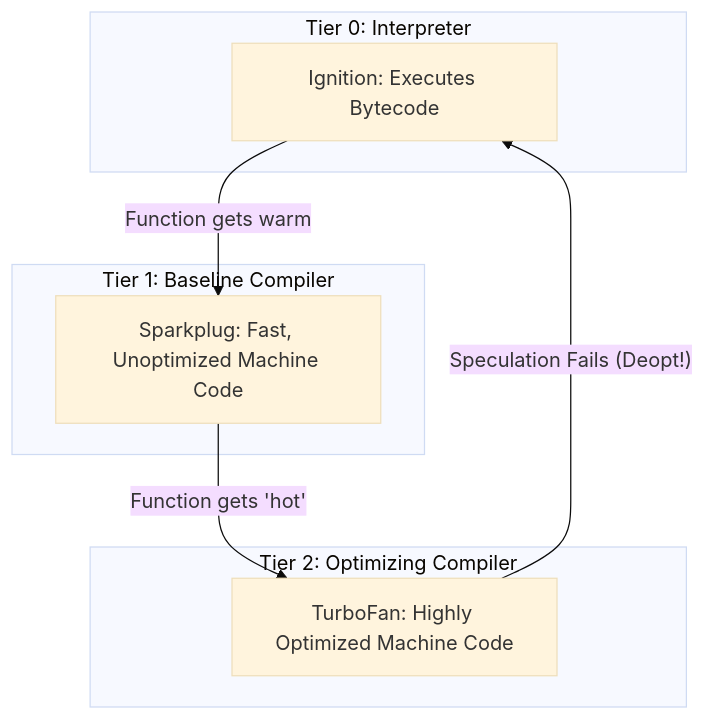
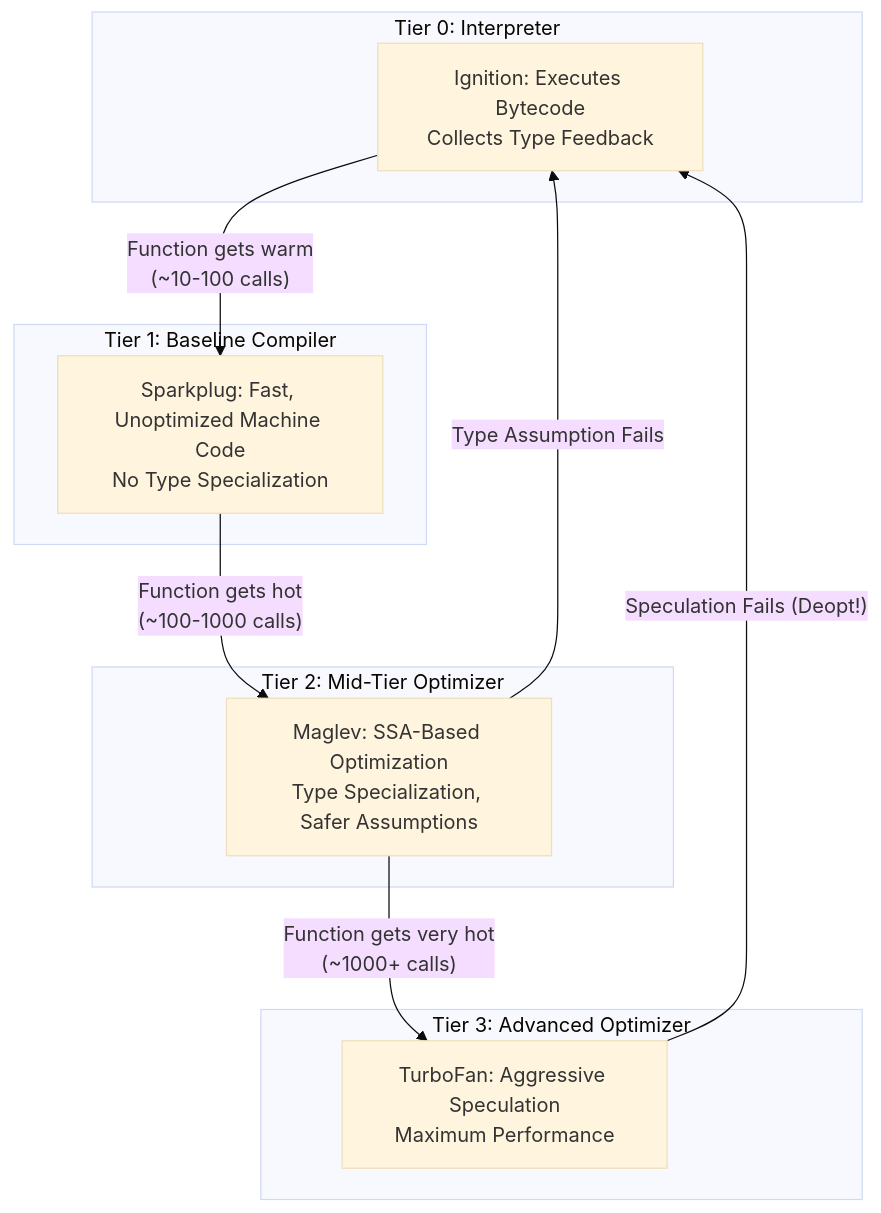
Before and after one commit to ishtms/nodebook: the third of 14 diagrams in src/content/node-arch/v8-engine-intro.md, drawn with Mermaid (base theme). The commit also changed other lines of this file and 6 other files, not shown here.

````diff
--- a/src/content/node-arch/v8-engine-intro.md
+++ b/src/content/node-arch/v8-engine-intro.md
@@ -126,18 +167,24 @@
 ```mermaid
 graph TD
     subgraph "Tier 0: Interpreter"
-        A[Ignition: Executes Bytecode]
+        A[Ignition: Executes Bytecode<br/>Collects Type Feedback]
     end
 
     subgraph "Tier 1: Baseline Compiler"
-        B[Sparkplug: Fast, Unoptimized Machine Code]
+        B[Sparkplug: Fast, Unoptimized Machine Code<br/>No Type Specialization]
     end
 
-    subgraph "Tier 2: Optimizing Compiler"
-        C[TurboFan: Highly Optimized Machine Code]
+    subgraph "Tier 2: Mid-Tier Optimizer"
+        C[Maglev: SSA-Based Optimization<br/>Type Specialization, Safer Assumptions]
     end
 
-    A -- "Function gets warm" --> B
-    B -- "Function gets 'hot'" --> C
-    C -- "Speculation Fails (Deopt!)" --> A
+    subgraph "Tier 3: Advanced Optimizer"
+        D[TurboFan: Aggressive Speculation<br/>Maximum Performance]
+    end
+
+    A -- "Function gets warm<br/>(~10-100 calls)" --> B
+    B -- "Function gets hot<br/>(~100-1000 calls)" --> C
+    C -- "Function gets very hot<br/>(~1000+ calls)" --> D
+    D -- "Speculation Fails (Deopt!)" --> A
+    C -- "Type Assumption Fails" --> A
 ```
````
